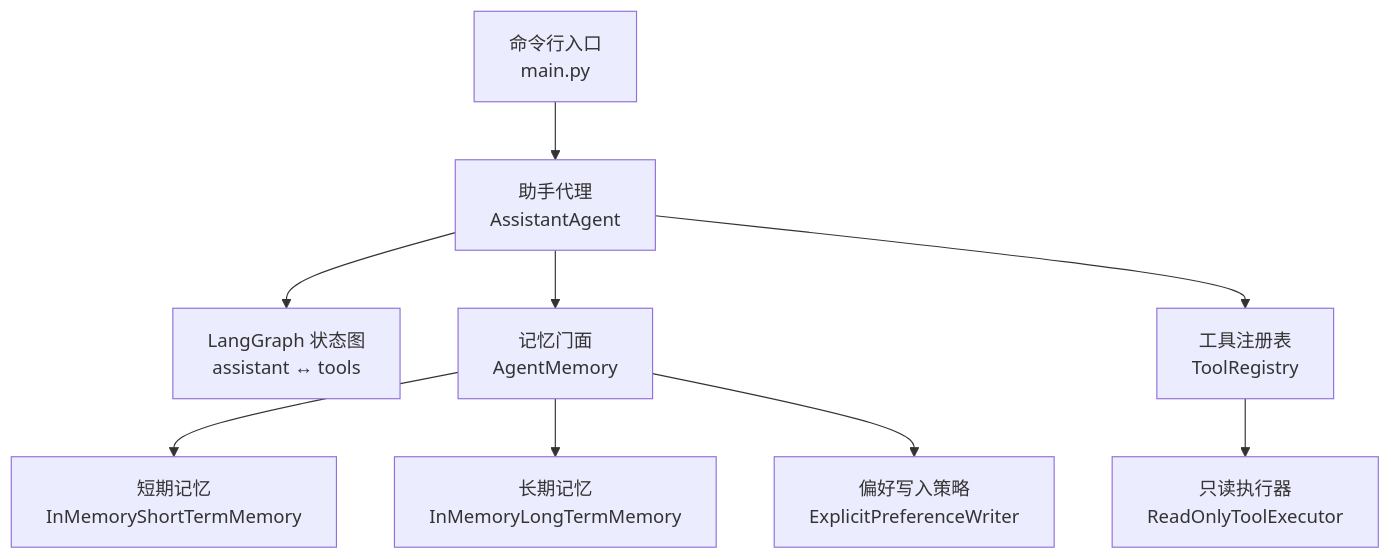
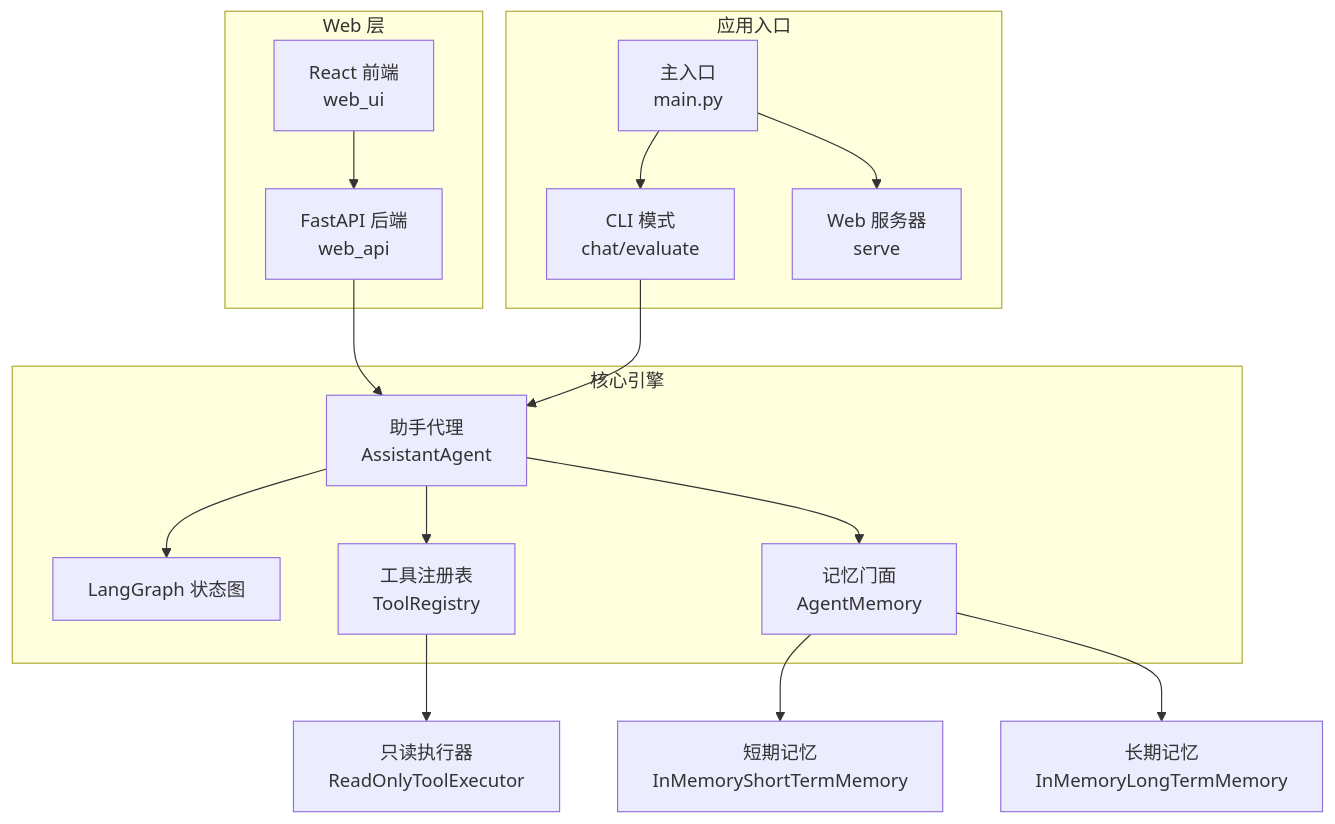
One commit to xyx1028/agentHelp changed the first of 14 diagrams in .qoder/repowiki/zh/content/架构设计/架构设计.md. Above: the diagram before and after it, drawn with Mermaid. The commit also changed other lines of this file and 73 other files, not shown here.

````diff
--- a/.qoder/repowiki/zh/content/架构设计/架构设计.md
+++ b/.qoder/repowiki/zh/content/架构设计/架构设计.md
@@ -39,11 +54,20 @@
 ```mermaid
 graph TB
-CLI["命令行入口<br/>main.py"] --> Agent["助手代理<br/>AssistantAgent"]
-Agent --> Graph["LangGraph 状态图<br/>assistant ↔ tools"]
+subgraph "Web 层"
+WebUI["React 前端<br/>web_ui"] --> WebAPI["FastAPI 后端<br/>web_api"]
+end
+subgraph "应用入口"
+Main["主入口<br/>main.py"] --> CLI["CLI 模式<br/>chat/evaluate"]
+Main --> WebServer["Web 服务器<br/>serve"]
+end
+subgraph "核心引擎"
+Agent["助手代理<br/>AssistantAgent"] --> Graph["LangGraph 状态图"]
+Agent --> Registry["工具注册表<br/>ToolRegistry"]
 Agent --> Memory["记忆门面<br/>AgentMemory"]
-Agent --> Registry["工具注册表<br/>ToolRegistry"]
+end
+WebAPI --> Agent
+CLI --> Agent
 Registry --> Executor["只读执行器<br/>ReadOnlyToolExecutor"]
 Memory --> Short["短期记忆<br/>InMemoryShortTermMemory"]
 Memory --> Long["长期记忆<br/>InMemoryLongTermMemory"]
-Memory --> Writer["偏好写入策略<br/>ExplicitPreferenceWriter"]
 ```
````
